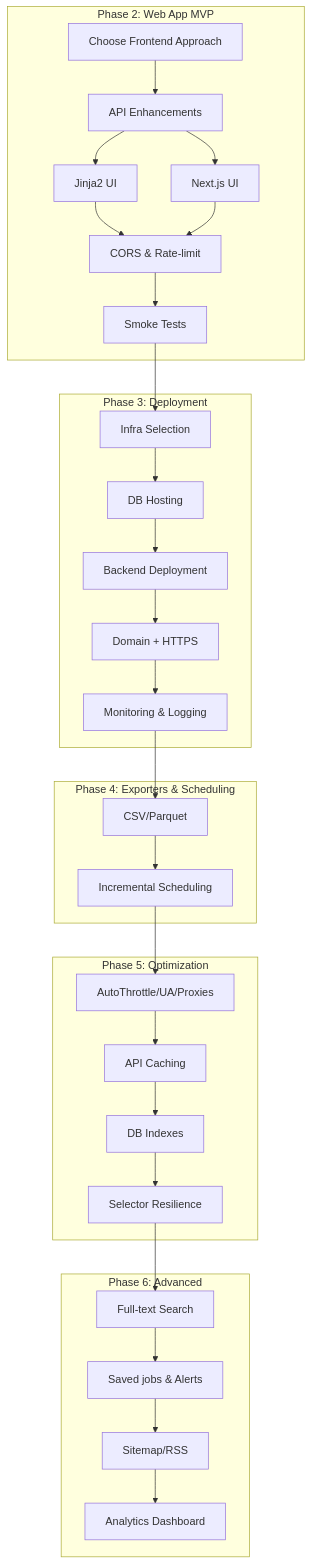
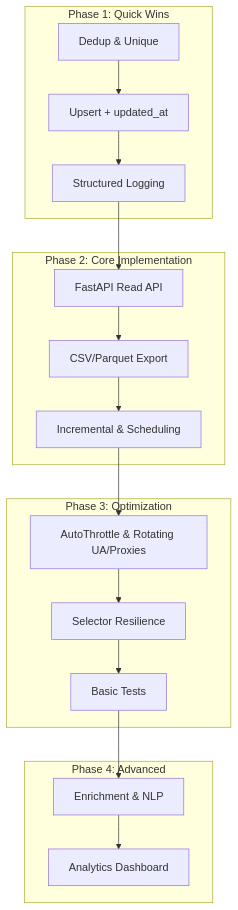
Before and after one commit to thethien8a/Crawl-Jobs: the diagram in Task.md, drawn with Mermaid. The commit also changed other lines of this file and 2 other files, not shown here.

````diff
--- a/Task.md
+++ b/Task.md
@@ -97,34 +64,21 @@
 ```mermaid
 graph TD
-    subgraph "Phase 2: Web App MVP"
-        A[Choose Frontend Approach] --> B[API Enhancements]
-        B --> C[Jinja2 UI]
-        B --> D[Next.js UI]
-        C --> E[CORS & Rate-limit]
-        D --> E
-        E --> F[Smoke Tests]
+    subgraph "Phase 1: Quick Wins"
+        A[Dedup & Unique] --> B[Upsert + updated_at]
+        B --> C[Structured Logging]
     end
-    subgraph "Phase 3: Deployment"
-        F --> G[Infra Selection]
-        G --> H[DB Hosting]
-        H --> I[Backend Deployment]
-        I --> J[Domain + HTTPS]
-        J --> K[Monitoring & Logging]
+    subgraph "Phase 2: Core Implementation"
+        C --> D[FastAPI Read API]
+        D --> E[CSV/Parquet Export]
+        E --> F[Incremental & Scheduling]
     end
-    subgraph "Phase 4: Exporters & Scheduling"
-        K --> L[CSV/Parquet]
-        L --> M[Incremental Scheduling]
+    subgraph "Phase 3: Optimization"
+        F --> G[AutoThrottle & Rotating UA/Proxies]
+        G --> H[Selector Resilience]
+        H --> I[Basic Tests]
     end
-    subgraph "Phase 5: Optimization"
-        M --> N[AutoThrottle/UA/Proxies]
-        N --> O[API Caching]
-        O --> P[DB Indexes]
-        P --> Q[Selector Resilience]
-    end
-    subgraph "Phase 6: Advanced"
-        Q --> R[Full-text Search]
-        R --> S[Saved jobs & Alerts]
-        S --> T[Sitemap/RSS]
-        T --> U[Analytics Dashboard]
+    subgraph "Phase 4: Advanced"
+        I --> J[Enrichment & NLP]
+        J --> K[Analytics Dashboard]
     end
 ```
````
